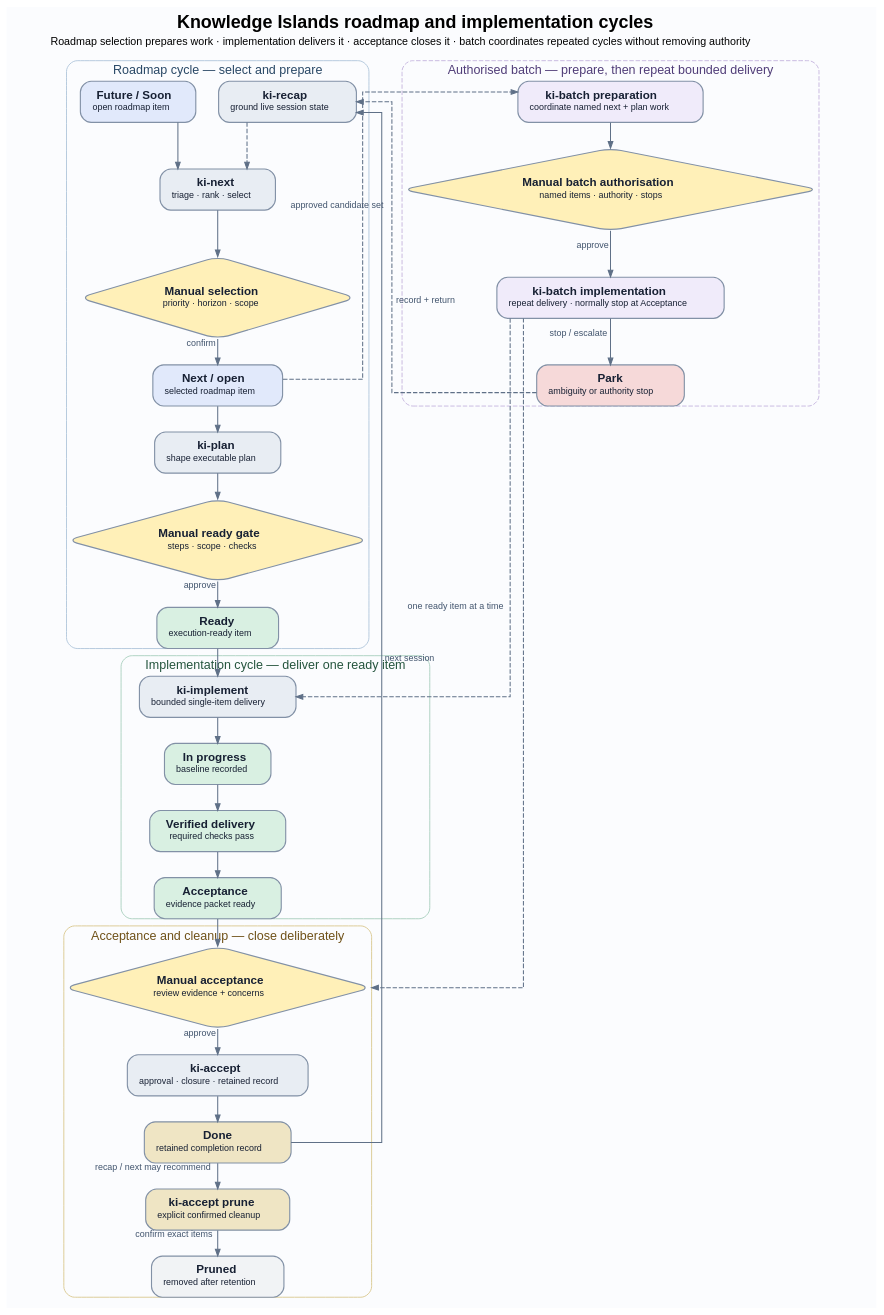
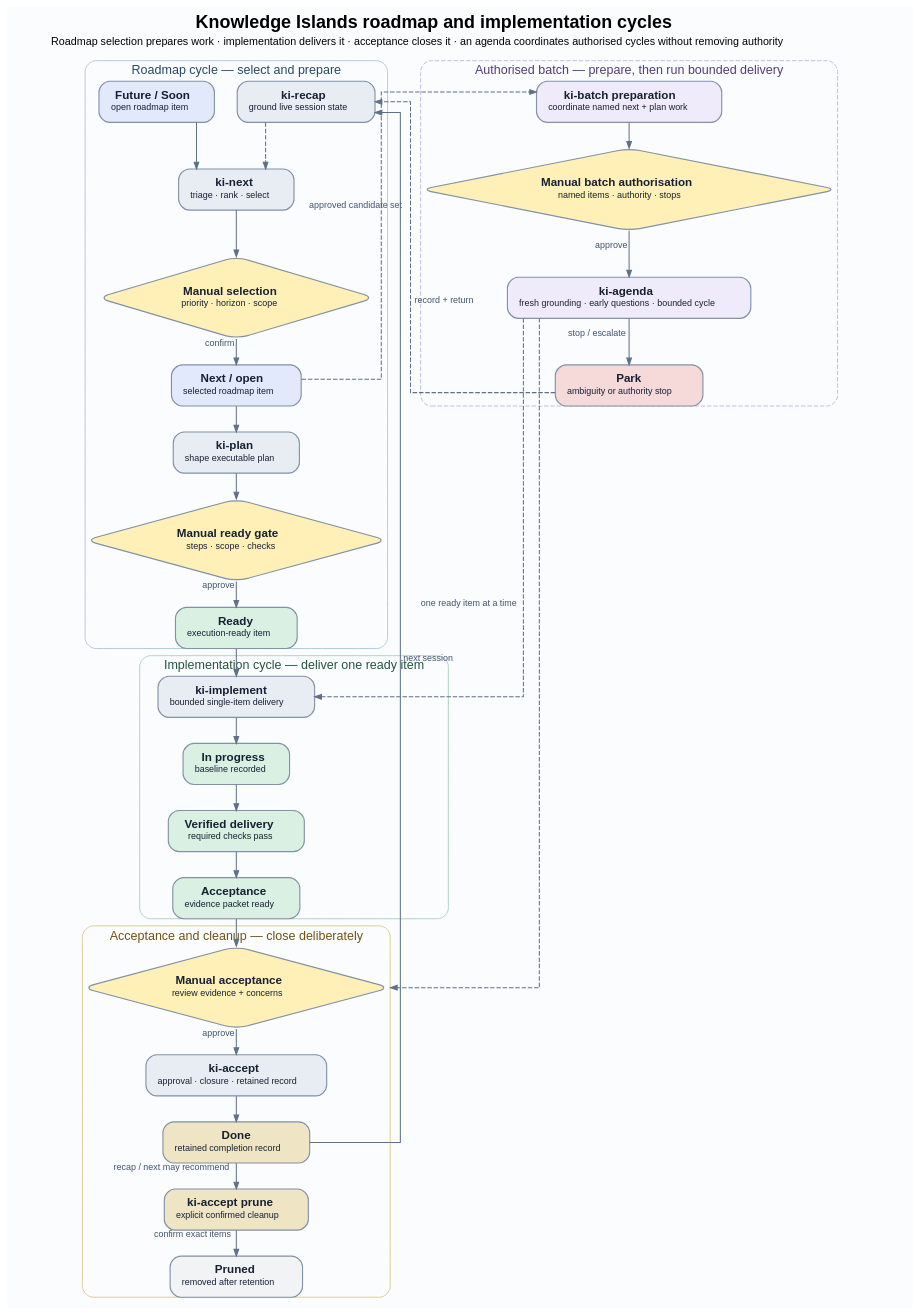
One commit to knowledgeislands/arcadia-skills changed the diagram in docs/diagrams/roadmap-implementation-cycles.dot. Above: the diagram before and after it, drawn with Graphviz. The commit also changed 10 other files, not shown here.

Commit message:
feat(agenda): add bounded authorised cycle

```diff
--- a/docs/diagrams/roadmap-implementation-cycles.dot
+++ b/docs/diagrams/roadmap-implementation-cycles.dot
@@ -1,131 +1,131 @@
 // Canonical source for the roadmap and implementation cycles. Regenerate with:
 // dot -Tsvg roadmap-implementation-cycles.dot -o roadmap-implementation-cycles.svg
 //
 // Solid arrows move an item between lifecycle states. Dashed arrows show
 // orchestration or optional delegation. Gold diamonds are manual authority gates.
 digraph roadmap_implementation_cycles {
   graph [
     bgcolor="#fbfcfe"
     fontname="Helvetica"
     fontsize=20
     label=<
       <b>Knowledge Islands roadmap and implementation cycles</b><br/>
-      <font point-size="12">Roadmap selection prepares work · implementation delivers it · acceptance closes it · batch coordinates repeated cycles without removing authority</font>
+      <font point-size="12">Roadmap selection prepares work · implementation delivers it · acceptance closes it · an agenda coordinates authorised cycles without removing authority</font>
     >
     labelloc=t
     margin=0.35
     newrank=true
     nodesep=0.35
     rankdir=TB
     ranksep=0.4
     splines=ortho
   ]
 
   node [
     color="#8291a6"
     fontcolor="#172033"
     fontname="Helvetica"
     fontsize=13
     margin="0.18,0.14"
     penwidth=1.25
     shape=box
     style="rounded,filled"
   ]
 
   edge [
     arrowsize=0.75
     color="#5f7087"
     fontcolor="#41546d"
     fontname="Helvetica"
     fontsize=10
     penwidth=1.15
   ]
 
   subgraph cluster_roadmap {
     color="#afc5db"
     fontcolor="#294866"
     fontname="Helvetica"
     fontsize=14
     label="Roadmap cycle — select and prepare"
     style="rounded"
 
     recap [fillcolor="#e8edf3", label=< <b>ki-recap</b><br/><font point-size="10">ground live session state</font> >]
     candidate [fillcolor="#e1e9fb", label=< <b>Future / Soon</b><br/><font point-size="10">open roadmap item</font> >]
     next [fillcolor="#e8edf3", label=< <b>ki-next</b><br/><font point-size="10">triage · rank · select</font> >]
     select_gate [fillcolor="#fff0b8", label=< <b>Manual selection</b><br/><font point-size="10">priority · horizon · scope</font> >, shape=diamond]
     planned [fillcolor="#e1e9fb", label=< <b>Next / open</b><br/><font point-size="10">selected roadmap item</font> >]
     plan [fillcolor="#e8edf3", label=< <b>ki-plan</b><br/><font point-size="10">shape executable plan</font> >]
     ready_gate [fillcolor="#fff0b8", label=< <b>Manual ready gate</b><br/><font point-size="10">steps · scope · checks</font> >, shape=diamond]
     ready [fillcolor="#d9f0e2", label=< <b>Ready</b><br/><font point-size="10">execution-ready item</font> >]
 
     recap -> next [style=dashed]
     candidate -> next
     next -> select_gate
     select_gate -> planned [xlabel="confirm"]
     planned -> plan
     plan -> ready_gate
     ready_gate -> ready [xlabel="approve"]
   }
 
   subgraph cluster_implementation {
     color="#a8cfbd"
     fontcolor="#24543d"
     fontname="Helvetica"
     fontsize=14
     label="Implementation cycle — deliver one ready item"
     style="rounded"
 
     implement [fillcolor="#e8edf3", label=< <b>ki-implement</b><br/><font point-size="10">bounded single-item delivery</font> >]
     progress [fillcolor="#d9f0e2", label=< <b>In progress</b><br/><font point-size="10">baseline recorded</font> >]
     verification [fillcolor="#d9f0e2", label=< <b>Verified delivery</b><br/><font point-size="10">required checks pass</font> >]
     acceptance [fillcolor="#d9f0e2", label=< <b>Acceptance</b><br/><font point-size="10">evidence packet ready</font> >]
     ready -> implement [lhead=cluster_implementation]
     implement -> progress
     progress -> verification
     verification -> acceptance
   }
 
   subgraph cluster_acceptance {
     color="#d9c78d"
     fontcolor="#6f5118"
     fontname="Helvetica"
     fontsize=14
     label="Acceptance and cleanup — close deliberately"
     style="rounded"
 
     acceptance_gate [fillcolor="#fff0b8", label=< <b>Manual acceptance</b><br/><font point-size="10">review evidence + concerns</font> >, shape=diamond]
     accept [fillcolor="#e8edf3", label=< <b>ki-accept</b><br/><font point-size="10">approval · closure · retained record</font> >]
     done [fillcolor="#efe5c4", label=< <b>Done</b><br/><font point-size="10">retained completion record</font> >]
     prune [fillcolor="#efe5c4", label=< <b>ki-accept prune</b><br/><font point-size="10">explicit confirmed cleanup</font> >]
     pruned [fillcolor="#f1f3f5", label=< <b>Pruned</b><br/><font point-size="10">removed after retention</font> >]
 
     acceptance -> acceptance_gate
     acceptance_gate -> accept [xlabel="approve"]
     accept -> done
     done -> prune [xlabel="recap / next may recommend"]
     prune -> pruned [xlabel="confirm exact items"]
     done -> recap [constraint=false, xlabel="next session"]
   }
 
   subgraph cluster_batch {
     color="#c4b3de"
     fontcolor="#503d78"
     fontname="Helvetica"
     fontsize=14
-    label="Authorised batch — prepare, then repeat bounded delivery"
+    label="Authorised batch — prepare, then run bounded delivery"
     style="rounded,dashed"
 
     batch_prepare [fillcolor="#f0ebfa", label=< <b>ki-batch preparation</b><br/><font point-size="10">coordinate named next + plan work</font> >]
     batch_gate [fillcolor="#fff0b8", label=< <b>Manual batch authorisation</b><br/><font point-size="10">named items · authority · stops</font> >, shape=diamond]
-    batch_run [fillcolor="#f0ebfa", label=< <b>ki-batch implementation</b><br/><font point-size="10">repeat delivery · normally stop at Acceptance</font> >]
+    agenda [fillcolor="#f0ebfa", label=< <b>ki-agenda</b><br/><font point-size="10">fresh grounding · early questions · bounded cycle</font> >]
     park [fillcolor="#f6d9d9", label=< <b>Park</b><br/><font point-size="10">ambiguity or authority stop</font> >]
 
     planned -> batch_prepare [style=dashed, constraint=false, xlabel="approved candidate set"]
     batch_prepare -> batch_gate
-    batch_gate -> batch_run [xlabel="approve"]
-    batch_run -> implement [style=dashed, constraint=false, xlabel="one ready item at a time"]
-    batch_run -> park [xlabel="stop / escalate"]
+    batch_gate -> agenda [xlabel="approve"]
+    agenda -> implement [style=dashed, constraint=false, xlabel="one ready item at a time"]
+    agenda -> park [xlabel="stop / escalate"]
     park -> recap [style=dashed, constraint=false, xlabel="record + return"]
-    batch_run -> acceptance_gate [style=dashed, constraint=false]
+    agenda -> acceptance_gate [style=dashed, constraint=false]
   }
 }
```
